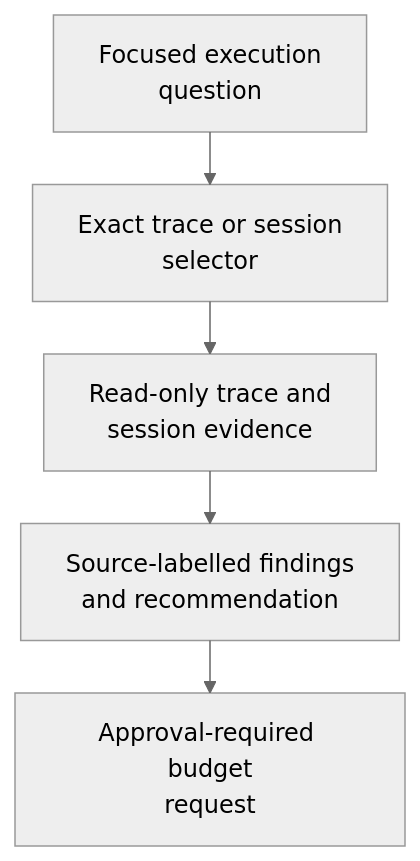
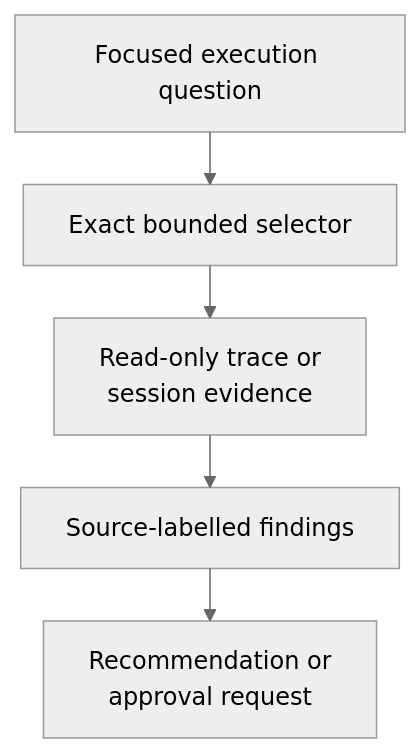
The diagram in agents/execution-advisor/as-is.md (abstract-business-systems/as-is), drawn with Mermaid (neutral theme) before and after one commit. The commit also changed other lines of this file and 35 other files, not shown here.

````diff
--- a/agents/execution-advisor/as-is.md
+++ b/agents/execution-advisor/as-is.md
@@ -20,11 +15,11 @@
 ```mermaid
 ---
 config:
   layout: elk
 ---
 flowchart TB
-    Question["Focused execution<br/>question"] --> Selector["Exact trace or session<br/>selector"]
-    Selector --> Evidence["Read-only trace and<br/>session evidence"]
-    Evidence --> Findings["Source-labelled findings<br/>and recommendation"]
-    Findings --> Request["Approval-required budget<br/>request"]
+    Question["Focused execution question"] --> Selector["Exact bounded selector"]
+    Selector --> Evidence["Read-only trace or<br/>session evidence"]
+    Evidence --> Findings["Source-labelled findings"]
+    Findings --> Recommendation["Recommendation or<br/>approval request"]
 ```
````
